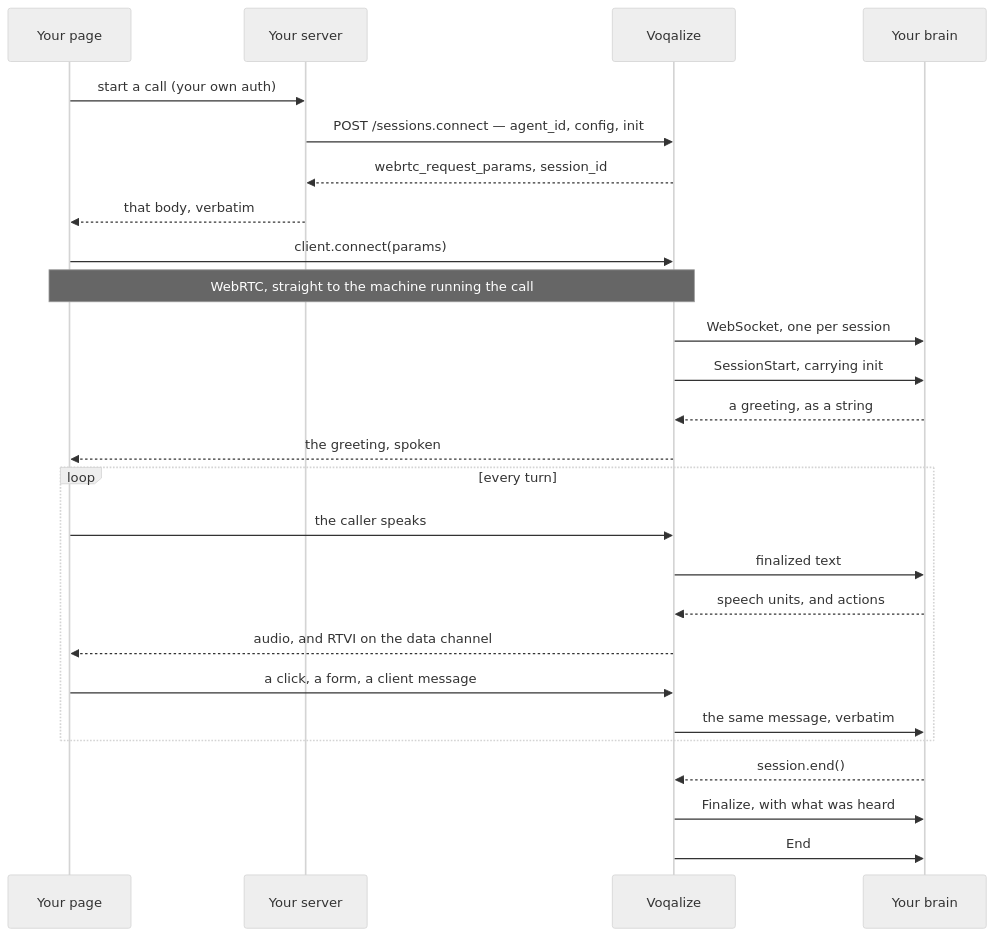
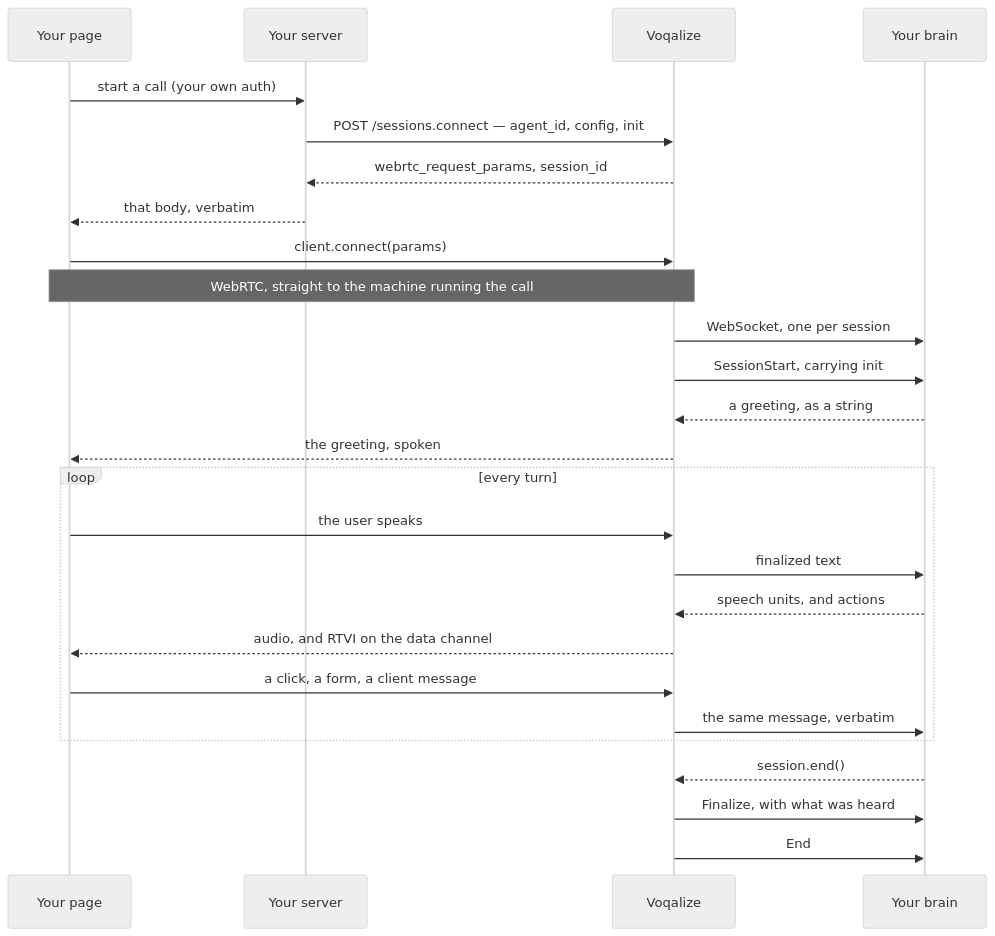
The second of 2 diagrams in docs/src/content/docs/build/session.md (voqalize/voqalize), drawn with Mermaid (neutral theme) before and after one commit. The commit also changed other lines of this file and 66 other files, not shown here.

````diff
--- a/docs/src/content/docs/build/session.md
+++ b/docs/src/content/docs/build/session.md
@@ -80,29 +80,29 @@
 ```mermaid
 sequenceDiagram
   participant P as Your page
   participant S as Your server
   participant V as Voqalize
   participant B as Your brain
 
   P->>S: start a call (your own auth)
   S->>V: POST /sessions.connect — agent_id, config, init
   V-->>S: webrtc_request_params, session_id
   S-->>P: that body, verbatim
   P->>V: client.connect(params)
   Note over P,V: WebRTC, straight to the machine running the call
   V->>B: WebSocket, one per session
   V->>B: SessionStart, carrying init
   B-->>V: a greeting, as a string
   V-->>P: the greeting, spoken
   loop every turn
-    P->>V: the caller speaks
+    P->>V: the user speaks
     V->>B: finalized text
     B-->>V: speech units, and actions
     V-->>P: audio, and RTVI on the data channel
     P->>V: a click, a form, a client message
     V->>B: the same message, verbatim
   end
   B-->>V: session.end()
   V->>B: Finalize, with what was heard
   V->>B: End
 ```
````
